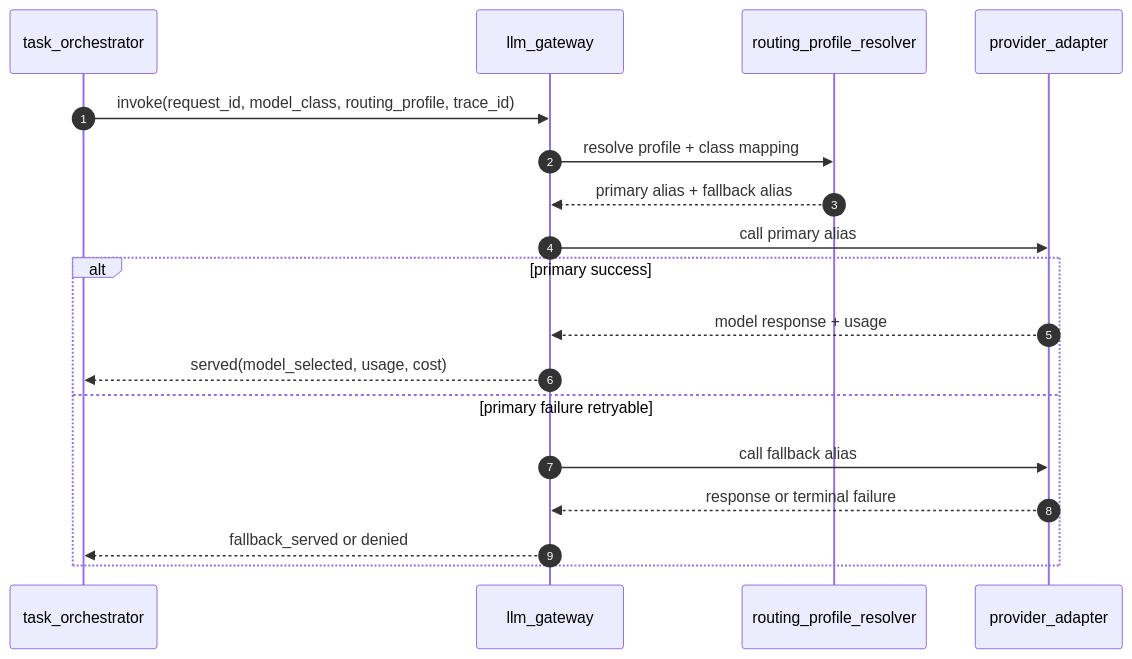
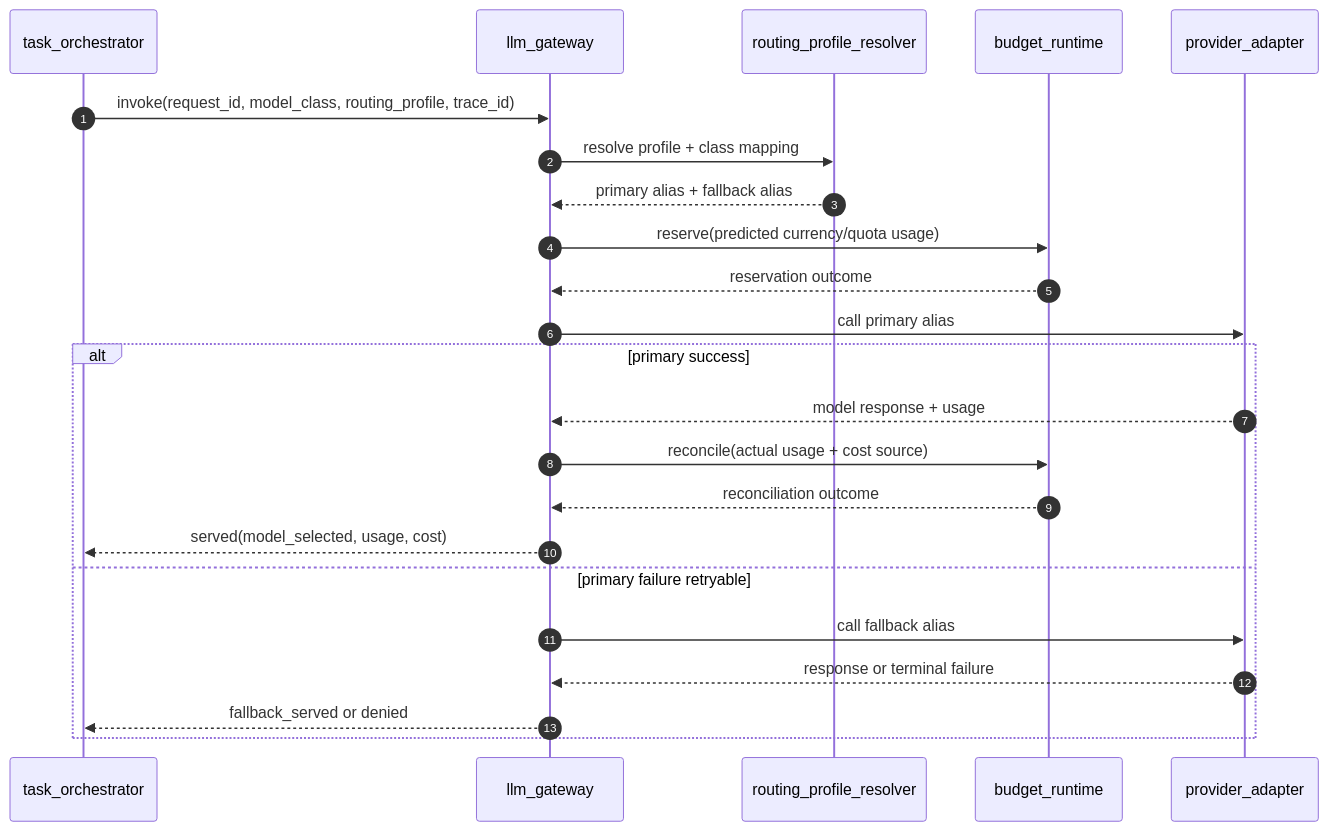
Before and after one commit to deyiwang27/OpenQilin: the diagram in design/v1/components/LlmGatewayComponentDesign-v1.md, drawn with Mermaid. The commit also changed other lines of this file and 8 other files, not shown here.

````diff
--- a/design/v1/components/LlmGatewayComponentDesign-v1.md
+++ b/design/v1/components/LlmGatewayComponentDesign-v1.md
@@ -65,22 +70,27 @@
 ```mermaid
 sequenceDiagram
     autonumber
     participant ORCH as task_orchestrator
     participant GW as llm_gateway
     participant ROUTE as routing_profile_resolver
+    participant BUD as budget_runtime
     participant LLM as provider_adapter
 
     ORCH->>GW: invoke(request_id, model_class, routing_profile, trace_id)
     GW->>ROUTE: resolve profile + class mapping
     ROUTE-->>GW: primary alias + fallback alias
+    GW->>BUD: reserve(predicted currency/quota usage)
+    BUD-->>GW: reservation outcome
     GW->>LLM: call primary alias
 
     alt primary success
         LLM-->>GW: model response + usage
+        GW->>BUD: reconcile(actual usage + cost source)
+        BUD-->>GW: reconciliation outcome
         GW-->>ORCH: served(model_selected, usage, cost)
     else primary failure retryable
         GW->>LLM: call fallback alias
         LLM-->>GW: response or terminal failure
         GW-->>ORCH: fallback_served or denied
     end
 ```
````
